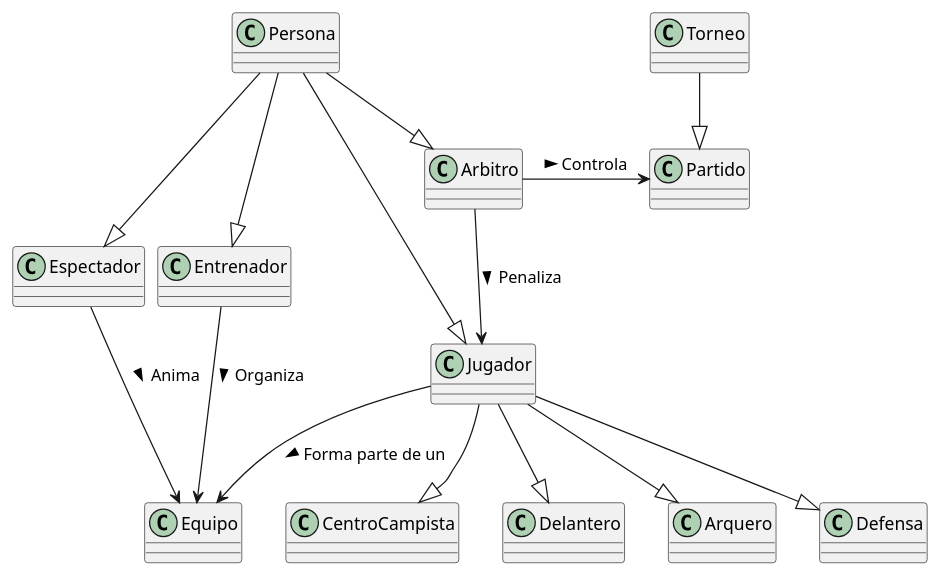
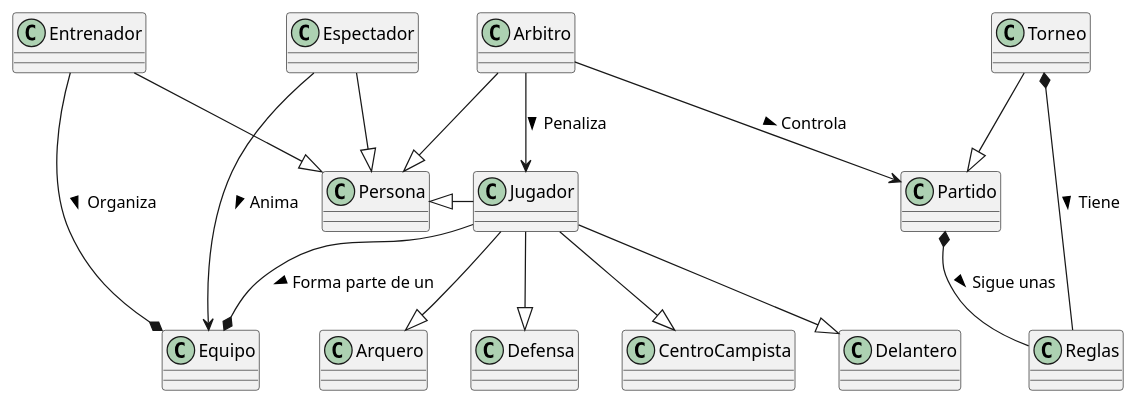
The diagram in actividades/001-futbol/BarriosOmar/futbol.plantuml (mmasias/IdSw1-22-23), drawn with PlantUML before and after one commit. The commit also changed 1 other file, not shown here.

Commit message:
[feature] Actualización del modelo de dominio y creación del diagrama de estados

```diff
--- a/actividades/001-futbol/BarriosOmar/futbol.plantuml
+++ b/actividades/001-futbol/BarriosOmar/futbol.plantuml
@@ -1,24 +1,27 @@
 @startuml futbol
 
-Arbitro -right-> Partido : Controla >
+Arbitro --> Partido : Controla >
 Arbitro --> Jugador: Penaliza >
 
-Jugador --> Equipo : Forma parte de un >
+Jugador --* Equipo : Forma parte de un >
 
 Espectador --> Equipo: Anima >
 
-Entrenador -down> Equipo : Organiza >
+Entrenador -down* Equipo : Organiza >
 
 Jugador --|> Arquero
 Jugador --|> Defensa
 Jugador --|> CentroCampista
 Jugador --|> Delantero 
 
-Persona --|> Arbitro
-Persona --|> Jugador
-Persona --|> Espectador
-Persona --|> Entrenador
+Arbitro --|> Persona
+Jugador -l-|> Persona 
+Espectador --|> Persona 
+Entrenador --|> Persona
 
-Torneo -down-|> Partido
+Torneo --|> Partido
+
+Partido *-- Reglas : Sigue unas >
+Torneo *-- Reglas : Tiene >
 
 @enduml
```
